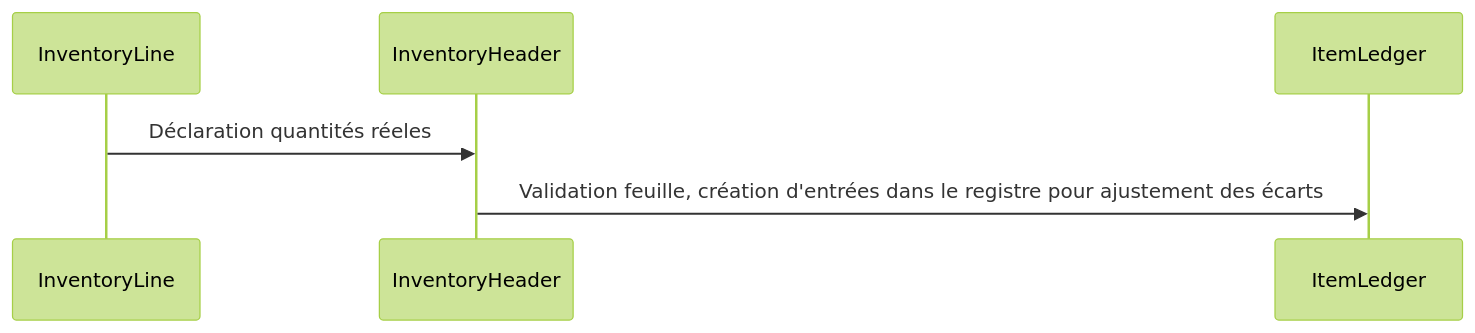
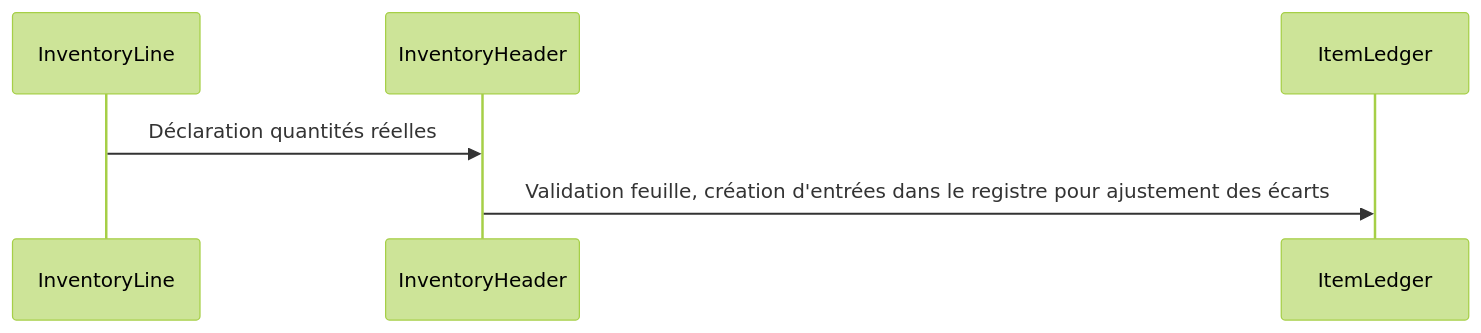
The first of 3 diagrams in README.md (cubeBloc4/api), drawn with Mermaid (forest theme) before and after one commit.

````diff
--- a/README.md
+++ b/README.md
@@ -9,6 +9,6 @@
 ```mermaid
     sequenceDiagram
 
-    InventoryLine->>InventoryHeader: Déclaration quantités réeles
+    InventoryLine->>InventoryHeader: Déclaration quantités réelles
     InventoryHeader->>ItemLedger: Validation feuille, création d'entrées dans le registre pour ajustement des écarts
 ```
````
